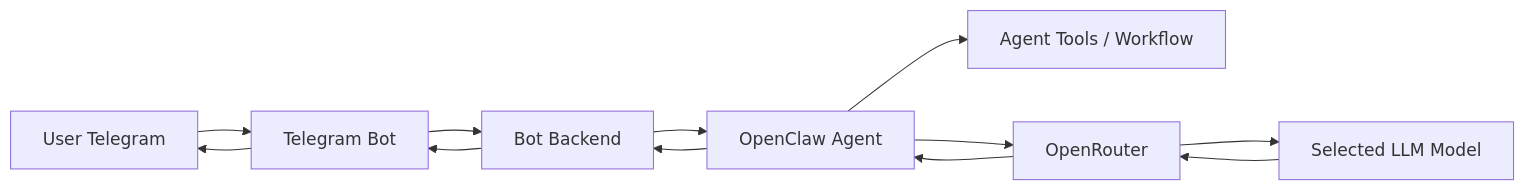
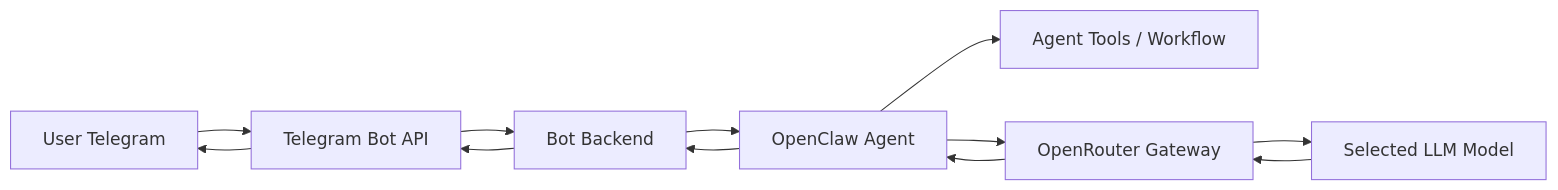
Before and after one commit to R4fidAfi/ai-telegram-openclaw-bot: the diagram in README.md, drawn with Mermaid. The commit also changed other lines of this file and 6 other files, not shown here.

````diff
--- a/README.md
+++ b/README.md
@@ -28,14 +68,14 @@
 ```mermaid
 flowchart LR
-  user["User Telegram"] --> telegram["Telegram Bot"]
-  telegram --> app["Bot Backend"]
-  app --> openclaw["OpenClaw Agent"]
+  user["User Telegram"] --> telegram["Telegram Bot API"]
+  telegram --> backend["Bot Backend"]
+  backend --> openclaw["OpenClaw Agent"]
   openclaw --> tools["Agent Tools / Workflow"]
-  openclaw --> openrouter["OpenRouter"]
+  openclaw --> openrouter["OpenRouter Gateway"]
   openrouter --> model["Selected LLM Model"]
   model --> openrouter
   openrouter --> openclaw
-  openclaw --> app
-  app --> telegram
+  openclaw --> backend
+  backend --> telegram
   telegram --> user
 ```
````
